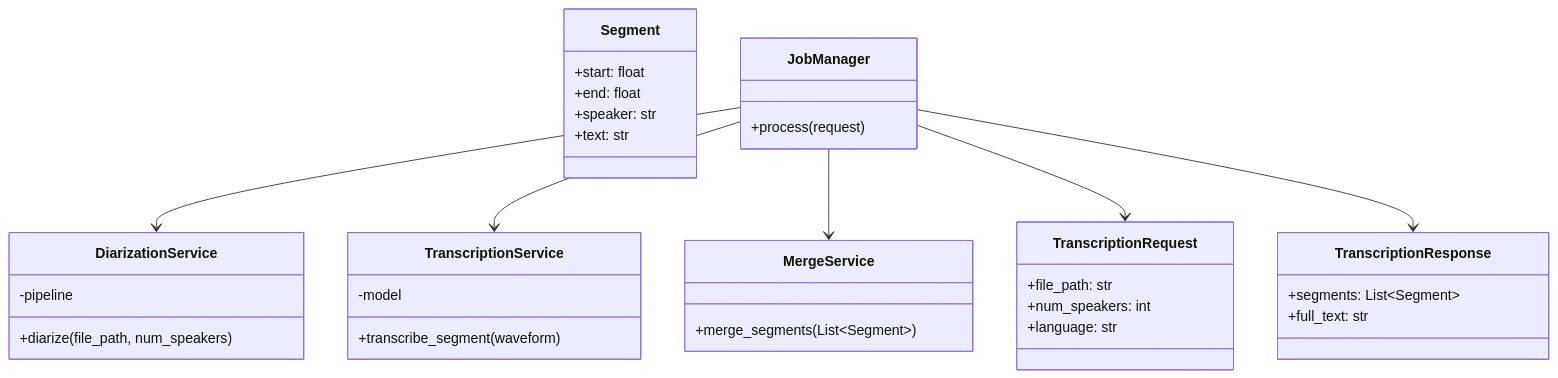
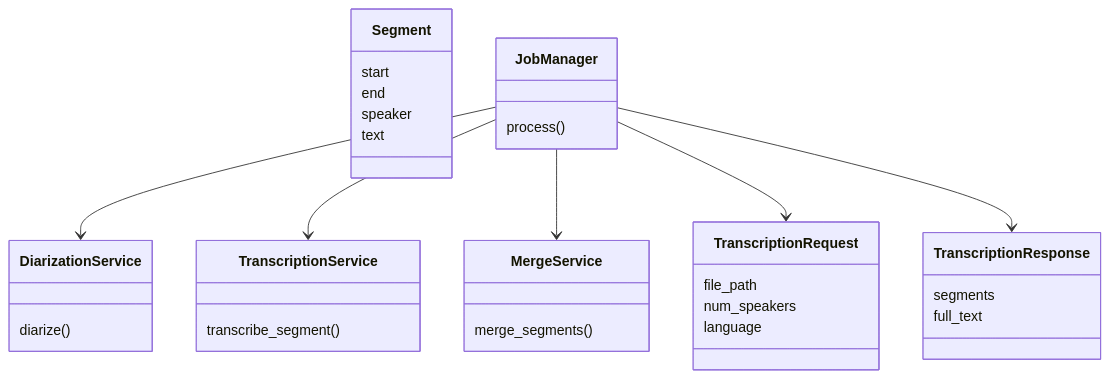
The second of 3 diagrams in README.md (MartinPapic/electron-diarization-transcription), drawn with Mermaid before and after one commit. The commit also changed other lines of this file, not shown here.

````diff
--- a/README.md
+++ b/README.md
@@ -84,45 +85,43 @@
 ``` mermaid
 classDiagram
 
 class TranscriptionRequest {
-    +file_path: str
-    +num_speakers: int
-    +language: str
+    file_path
+    num_speakers
+    language
 }
 
 class TranscriptionResponse {
-    +segments: List~Segment~
-    +full_text: str
+    segments
+    full_text
 }
 
 class Segment {
-    +start: float
-    +end: float
-    +speaker: str
-    +text: str
+    start
+    end
+    speaker
+    text
 }
 
 class DiarizationService {
-    -pipeline
-    +diarize(file_path, num_speakers)
+    diarize()
 }
 
 class TranscriptionService {
-    -model
-    +transcribe_segment(waveform)
+    transcribe_segment()
 }
 
 class MergeService {
-    +merge_segments(List~Segment~)
+    merge_segments()
 }
 
 class JobManager {
-    +process(request)
+    process()
 }
 
 JobManager --> DiarizationService
 JobManager --> TranscriptionService
 JobManager --> MergeService
 JobManager --> TranscriptionRequest
 JobManager --> TranscriptionResponse
 ```
````
